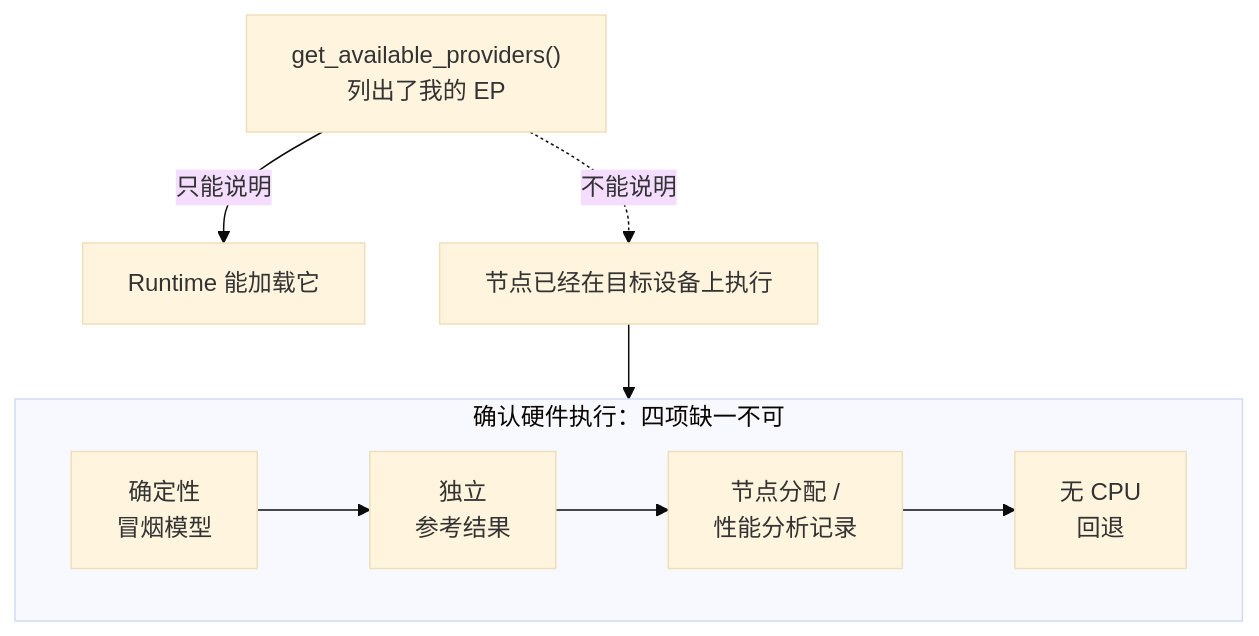
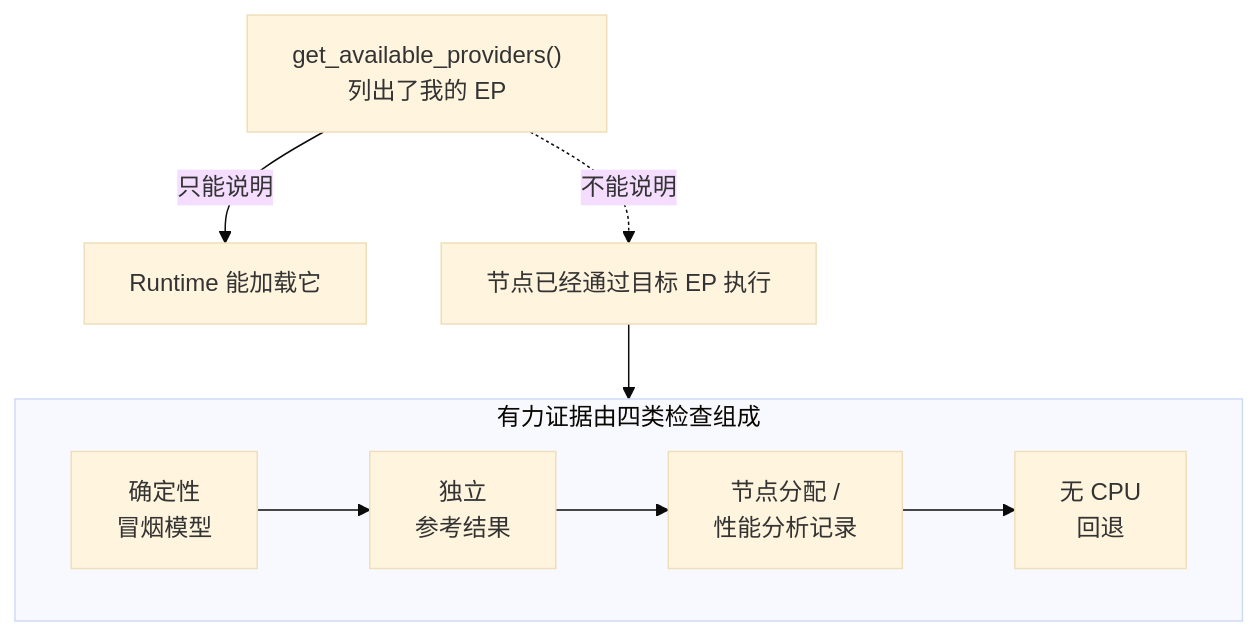
Before and after one commit to DakeQQ/Tutorial-ONNX-Runtime-Execution-Providers: the third of 7 diagrams in README.zh-CN.md, drawn with Mermaid (base theme). The commit also changed other lines of this file and 42 other files, not shown here.

````diff
--- a/README.zh-CN.md
+++ b/README.zh-CN.md
@@ -93,13 +93,13 @@
 ```mermaid
 flowchart TD
     Q["get_available_providers()<br/>列出了我的 EP"]
         Q -->|只能说明| A["Runtime 能加载它"]
-        Q -.->|不能说明| B["节点已经在目标设备上执行"]
-        subgraph Need["确认硬件执行：四项缺一不可"]
+        Q -.->|不能说明| B["节点已经通过目标 EP 执行"]
+        subgraph Need["有力证据由四类检查组成"]
       direction LR
       M["确定性<br/>冒烟模型"] --> R["独立<br/>参考结果"]
             R --> G["节点分配 /<br/>性能分析记录"]
       G --> F["无 CPU<br/>回退"]
     end
     B --> M
 ```
````
